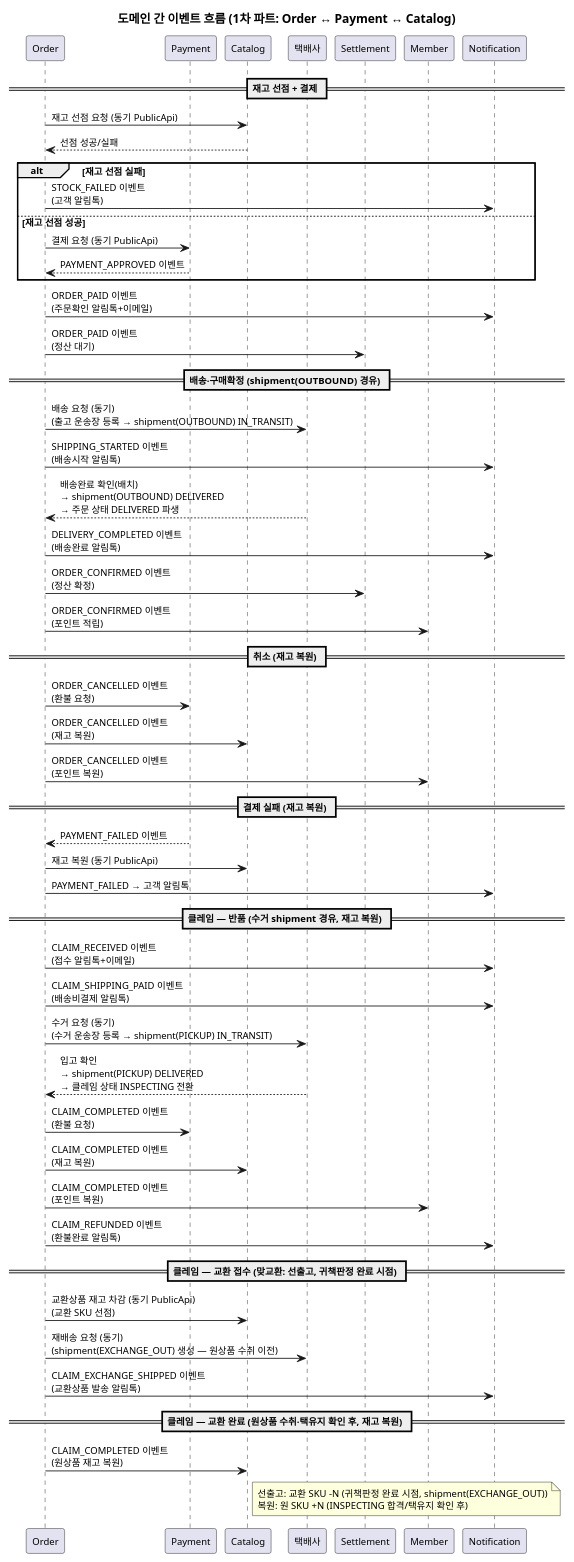
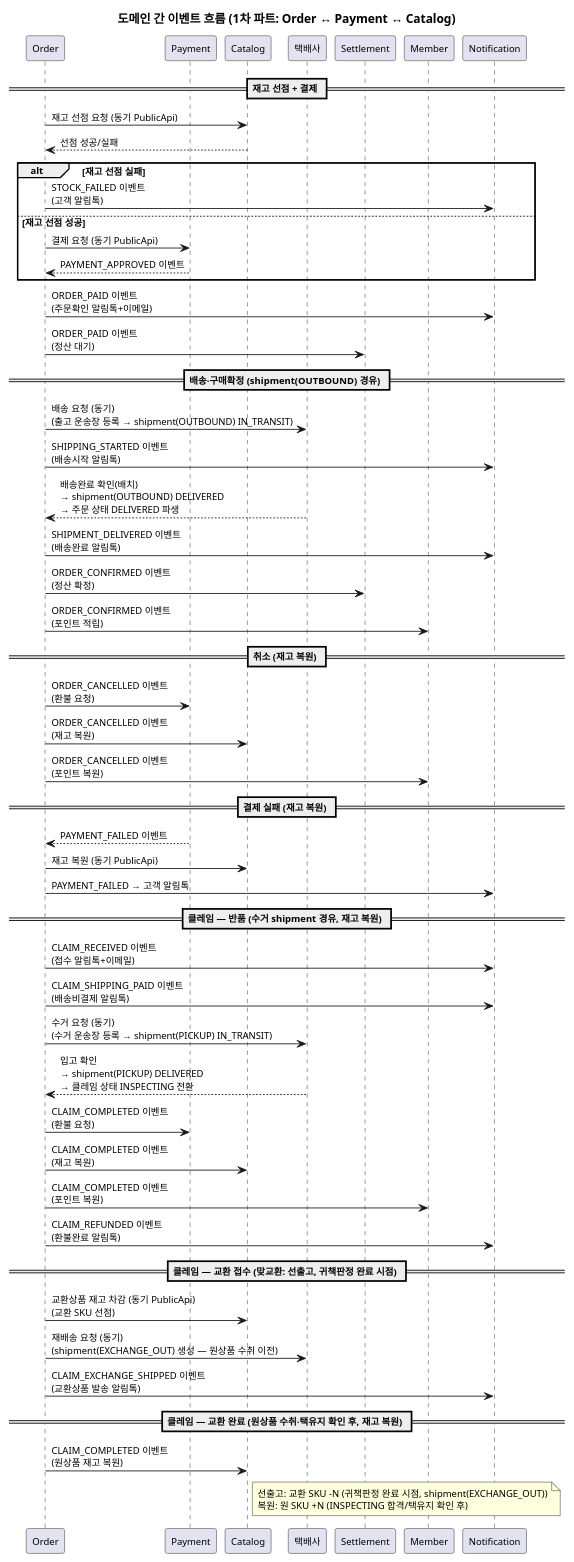
One commit to parknahyun/runNShop changed the diagram in docs/자산화-단계별/S2-구조설계/DI-이벤트플로우.md. Above: the diagram before and after it, drawn with PlantUML. The commit also changed other lines of this file and 39 other files, not shown here.

````diff
--- a/docs/자산화-단계별/S2-구조설계/DI-이벤트플로우.md
+++ b/docs/자산화-단계별/S2-구조설계/DI-이벤트플로우.md
@@ -51,67 +53,67 @@
 ```plantuml
 @startuml
 skinparam backgroundColor transparent
 skinparam defaultFontSize 11
 title 도메인 간 이벤트 흐름 (1차 파트: Order ↔ Payment ↔ Catalog)
 
 participant Order as ORD
 participant Payment as PAY
 participant Catalog as CAT
 participant "택배사" as Delivery
 participant Settlement as STL
 participant Member as MEM
 participant Notification as NTF
 
 == 재고 선점 + 결제 ==
 ORD -> CAT : 재고 선점 요청 (동기 PublicApi)
 CAT --> ORD : 선점 성공/실패
 
 alt 재고 선점 실패
   ORD -> NTF : STOCK_FAILED 이벤트\n(고객 알림톡)
 else 재고 선점 성공
   ORD -> PAY : 결제 요청 (동기 PublicApi)
   PAY --> ORD : PAYMENT_APPROVED 이벤트
 end
 
 ORD -> NTF : ORDER_PAID 이벤트\n(주문확인 알림톡+이메일)
 ORD -> STL : ORDER_PAID 이벤트\n(정산 대기)
 
 == 배송·구매확정 (shipment(OUTBOUND) 경유) ==
 ORD -> Delivery : 배송 요청 (동기)\n(출고 운송장 등록 → shipment(OUTBOUND) IN_TRANSIT)
 ORD -> NTF : SHIPPING_STARTED 이벤트\n(배송시작 알림톡)
 Delivery --> ORD : 배송완료 확인(배치)\n→ shipment(OUTBOUND) DELIVERED\n→ 주문 상태 DELIVERED 파생
-ORD -> NTF : DELIVERY_COMPLETED 이벤트\n(배송완료 알림톡)
+ORD -> NTF : SHIPMENT_DELIVERED 이벤트\n(배송완료 알림톡)
 ORD -> STL : ORDER_CONFIRMED 이벤트\n(정산 확정)
 ORD -> MEM : ORDER_CONFIRMED 이벤트\n(포인트 적립)
 
 == 취소 (재고 복원) ==
 ORD -> PAY : ORDER_CANCELLED 이벤트\n(환불 요청)
 ORD -> CAT : ORDER_CANCELLED 이벤트\n(재고 복원)
 ORD -> MEM : ORDER_CANCELLED 이벤트\n(포인트 복원)
 
 == 결제 실패 (재고 복원) ==
 PAY --> ORD : PAYMENT_FAILED 이벤트
 ORD -> CAT : 재고 복원 (동기 PublicApi)
 ORD -> NTF : PAYMENT_FAILED → 고객 알림톡
 
 == 클레임 — 반품 (수거 shipment 경유, 재고 복원) ==
 ORD -> NTF : CLAIM_RECEIVED 이벤트\n(접수 알림톡+이메일)
 ORD -> NTF : CLAIM_SHIPPING_PAID 이벤트\n(배송비결제 알림톡)
 ORD -> Delivery : 수거 요청 (동기)\n(수거 운송장 등록 → shipment(PICKUP) IN_TRANSIT)
 Delivery --> ORD : 입고 확인\n→ shipment(PICKUP) DELIVERED\n→ 클레임 상태 INSPECTING 전환
 ORD -> PAY : CLAIM_COMPLETED 이벤트\n(환불 요청)
 ORD -> CAT : CLAIM_COMPLETED 이벤트\n(재고 복원)
 ORD -> MEM : CLAIM_COMPLETED 이벤트\n(포인트 복원)
 ORD -> NTF : CLAIM_REFUNDED 이벤트\n(환불완료 알림톡)
 
 == 클레임 — 교환 접수 (맞교환: 선출고, 귀책판정 완료 시점) ==
 ORD -> CAT : 교환상품 재고 차감 (동기 PublicApi)\n(교환 SKU 선점)
 ORD -> Delivery : 재배송 요청 (동기)\n(shipment(EXCHANGE_OUT) 생성 — 원상품 수취 이전)
 ORD -> NTF : CLAIM_EXCHANGE_SHIPPED 이벤트\n(교환상품 발송 알림톡)
 
 == 클레임 — 교환 완료 (원상품 수취·택유지 확인 후, 재고 복원) ==
 ORD -> CAT : CLAIM_COMPLETED 이벤트\n(원상품 재고 복원)
 note right of CAT: 선출고: 교환 SKU -N (귀책판정 완료 시점, shipment(EXCHANGE_OUT))\n복원: 원 SKU +N (INSPECTING 합격/택유지 확인 후)
 
 @enduml
 ```
````
